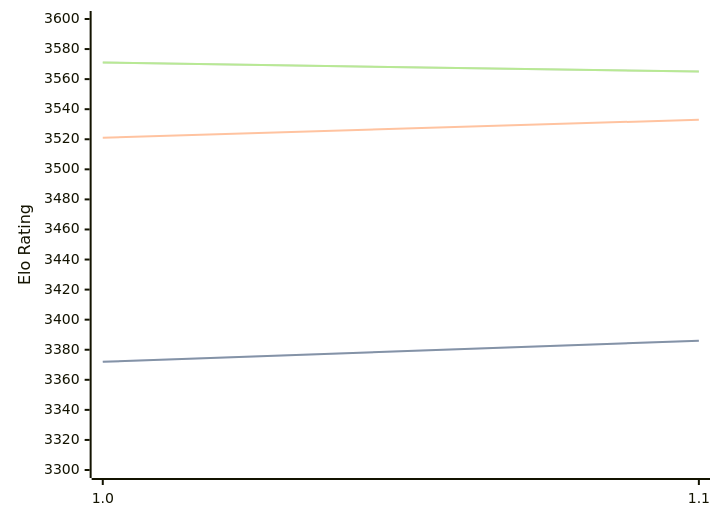
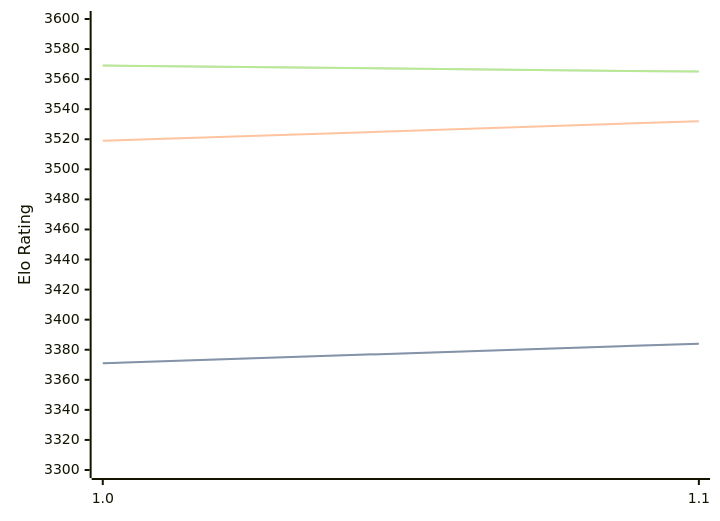
One commit to computer-chess-index/cci changed the diagram in engines/Horsie.md. Above: the diagram before and after it, drawn with Mermaid. The commit also changed other lines of this file, not shown here.

Commit message:
Update CCI Ratings (ELO VLTC) - 2026-04-26

````diff
--- a/engines/Horsie.md
+++ b/engines/Horsie.md
@@ -32,11 +32,11 @@
 ```mermaid
 %%{init: {"theme":"base","themeVariables":{"seriesColors:['#a3a3a3','#222221','#faa371']}}}%%
 xychart-beta
   x-axis ["1.0", "1.1"]
   y-axis "Elo Rating" 3300 --> 3600
-  line "STC (8.0+0.08s)" [3372, 3386]
-  line "STC (8.0+0.08s)" [3372, 3386]
-  line "LTC (60.0+0.60s)" [3521, 3533]
-  line "VLTC (2m24s+1.12s)" [3571, 3565]
-  line "VLTC (2m24s+1.12s)" [3571, 3565]
+  line "STC (8.0+0.08s)" [3371, 3384]
+  line "STC (8.0+0.08s)" [3371, 3384]
+  line "LTC (60.0+0.60s)" [3519, 3532]
+  line "VLTC (2m24s+1.12s)" [3569, 3565]
+  line "VLTC (2m24s+1.12s)" [3569, 3565]
 ```
````
